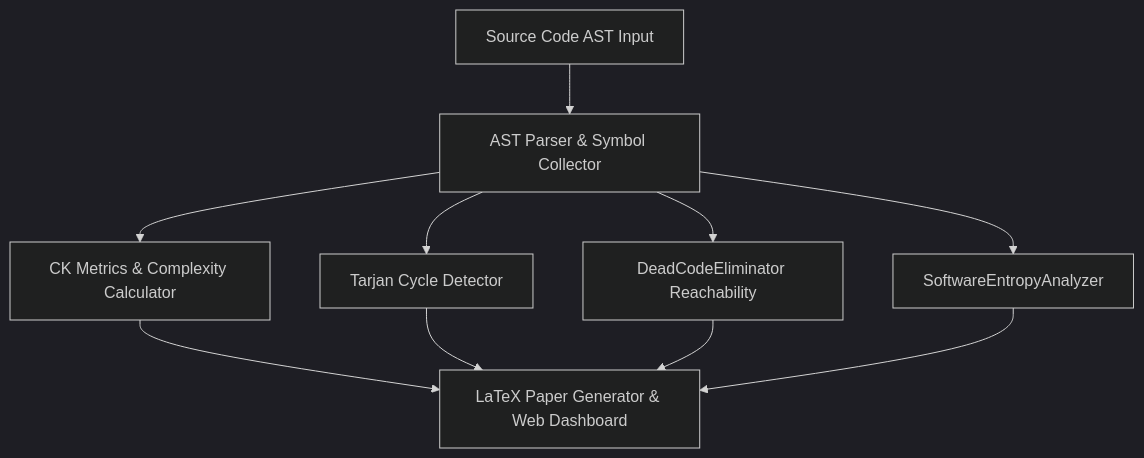
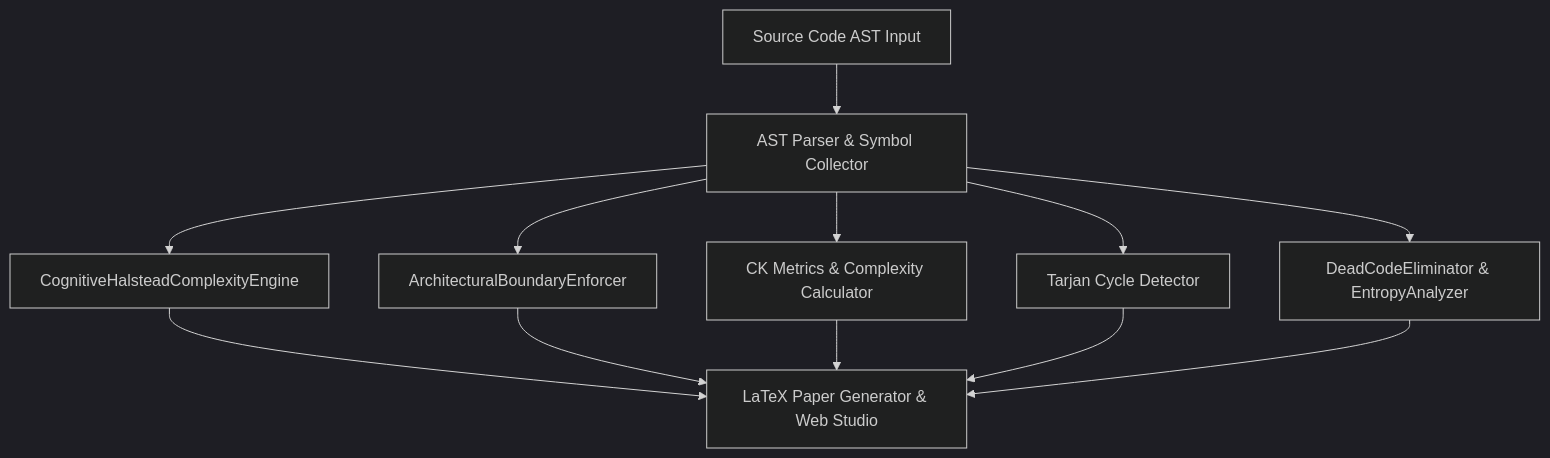
Before and after one commit to anderdebona/arch-analyzer-ast-engine: the diagram in README.md, drawn with Mermaid (dark theme). The commit also changed other lines of this file and 7 other files, not shown here.

Commit message:
feat(v5.0.0): add CognitiveHalsteadComplexityEngine, ArchitecturalBoundaryEnforcer, and Studio UI

````diff
--- a/README.md
+++ b/README.md
@@ -40,12 +45,14 @@
 ```mermaid
 graph TD
     A[Source Code AST Input] --> B[AST Parser & Symbol Collector]
-    B --> C[CK Metrics & Complexity Calculator]
-    B --> D[Tarjan Cycle Detector]
-    B --> E[DeadCodeEliminator Reachability]
-    B --> F[SoftwareEntropyAnalyzer]
-    C --> G[LaTeX Paper Generator & Web Dashboard]
-    D --> G
-    E --> G
-    F --> G
+    B --> C[CognitiveHalsteadComplexityEngine]
+    B --> D[ArchitecturalBoundaryEnforcer]
+    B --> E[CK Metrics & Complexity Calculator]
+    B --> F[Tarjan Cycle Detector]
+    B --> G[DeadCodeEliminator & EntropyAnalyzer]
+    C --> H[LaTeX Paper Generator & Web Studio]
+    D --> H
+    E --> H
+    F --> H
+    G --> H
 ```
````
